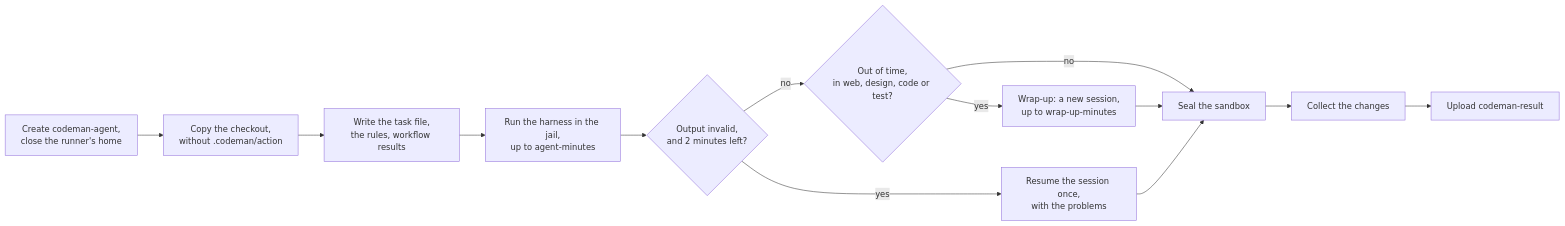
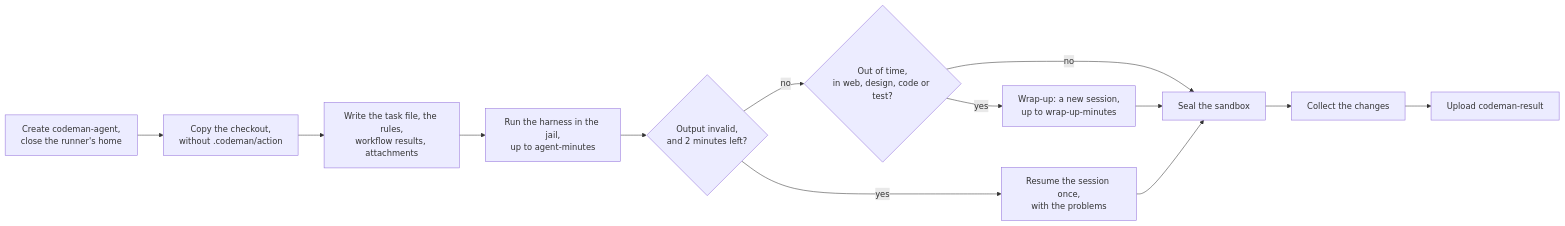
Before and after one commit to codenergy-dev/codeman: the first of 2 diagrams in docs/runs/agent.md, drawn with Mermaid. The commit also changed other lines of this file and 9 other files, not shown here.

````diff
--- a/docs/runs/agent.md
+++ b/docs/runs/agent.md
@@ -21,15 +21,15 @@
 ```mermaid
 flowchart LR
   user["Create codeman-agent,<br/>close the runner's home"] --> copy["Copy the checkout,<br/>without .codeman/action"]
-  copy --> files["Write the task file,<br/>the rules, workflow results"]
+  copy --> files["Write the task file, the rules,<br/>workflow results, attachments"]
   files --> run["Run the harness in the jail,<br/>up to agent-minutes"]
   run --> check{"Output invalid,<br/>and 2 minutes left?"}
   check -->|yes| fix["Resume the session once,<br/>with the problems"]
   check -->|no| late{"Out of time,<br/>in web, design, code or test?"}
   late -->|yes| wrap["Wrap-up: a new session,<br/>up to wrap-up-minutes"]
   late -->|no| seal["Seal the sandbox"]
   wrap --> seal
   fix --> seal
   seal --> collect["Collect the changes"]
   collect --> upload["Upload codeman-result"]
 ```
````
